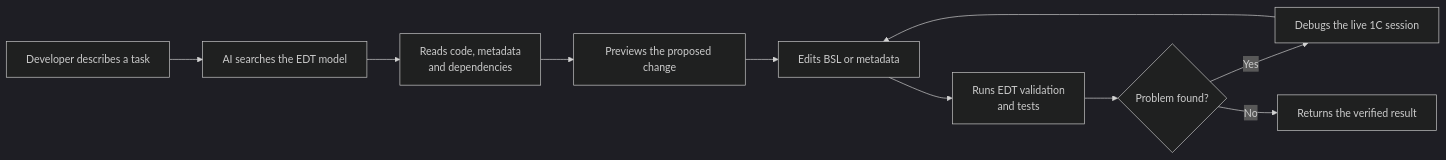
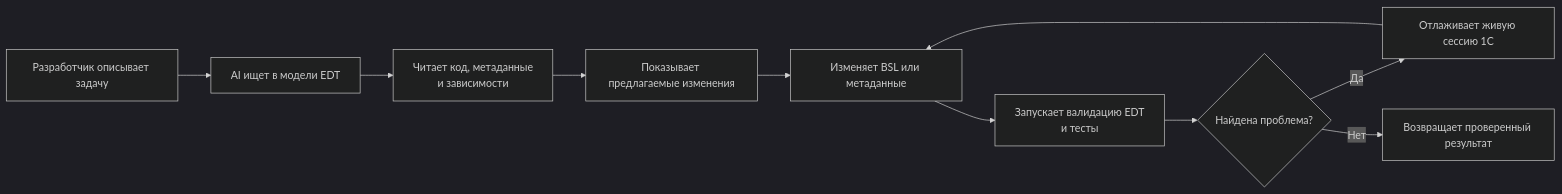
The first of 2 diagrams in README.md (Desko77/ai-edt), drawn with Mermaid (dark theme) before and after one commit. The commit also changed other lines of this file and 5 other files, not shown here.

````diff
--- a/README.md
+++ b/README.md
@@ -56,12 +56,12 @@
 ```mermaid
 flowchart LR
-    Q["Developer describes a task"] --> S["AI searches the EDT model"]
-    S --> C["Reads code, metadata<br/>and dependencies"]
-    C --> P["Previews the proposed change"]
-    P --> E["Edits BSL or metadata"]
-    E --> V["Runs EDT validation<br/>and tests"]
-    V --> D{"Problem found?"}
-    D -- Yes --> B["Debugs the live 1C session"]
+    Q["Разработчик описывает задачу"] --> S["AI ищет в модели EDT"]
+    S --> C["Читает код, метаданные<br/>и зависимости"]
+    C --> P["Показывает предлагаемые изменения"]
+    P --> E["Изменяет BSL или метаданные"]
+    E --> V["Запускает валидацию EDT<br/>и тесты"]
+    V --> D{"Найдена проблема?"}
+    D -- Да --> B["Отлаживает живую сессию 1С"]
     B --> E
-    D -- No --> R["Returns the verified result"]
+    D -- Нет --> R["Возвращает проверенный результат"]
 ```
````
